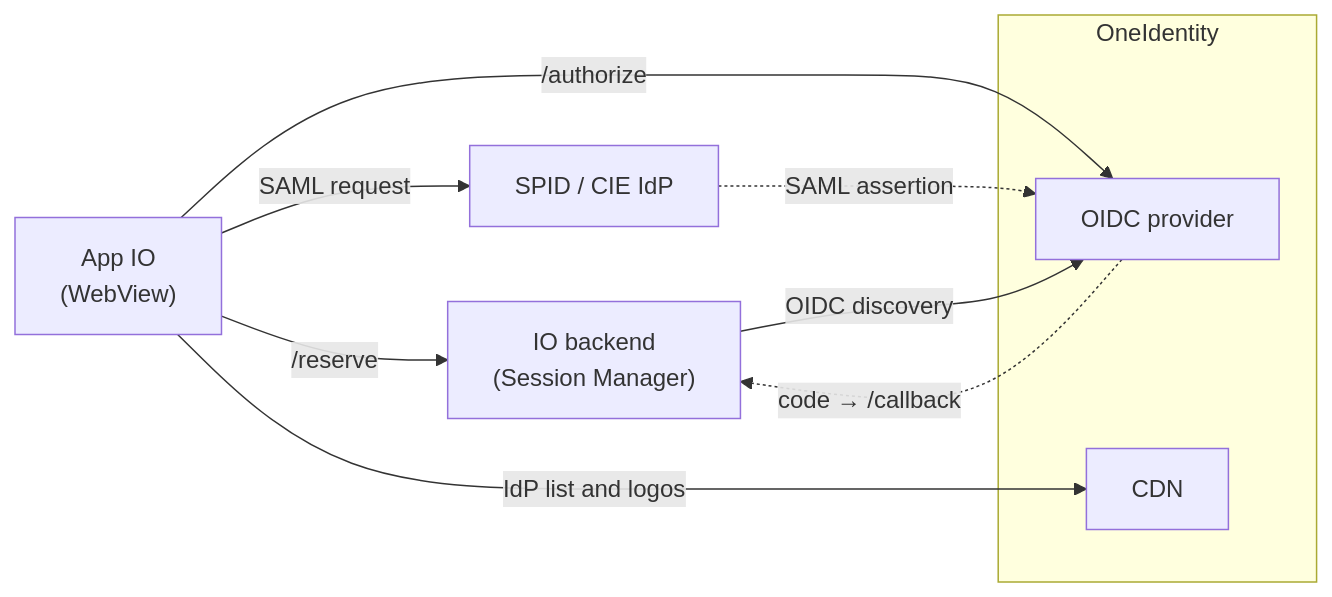
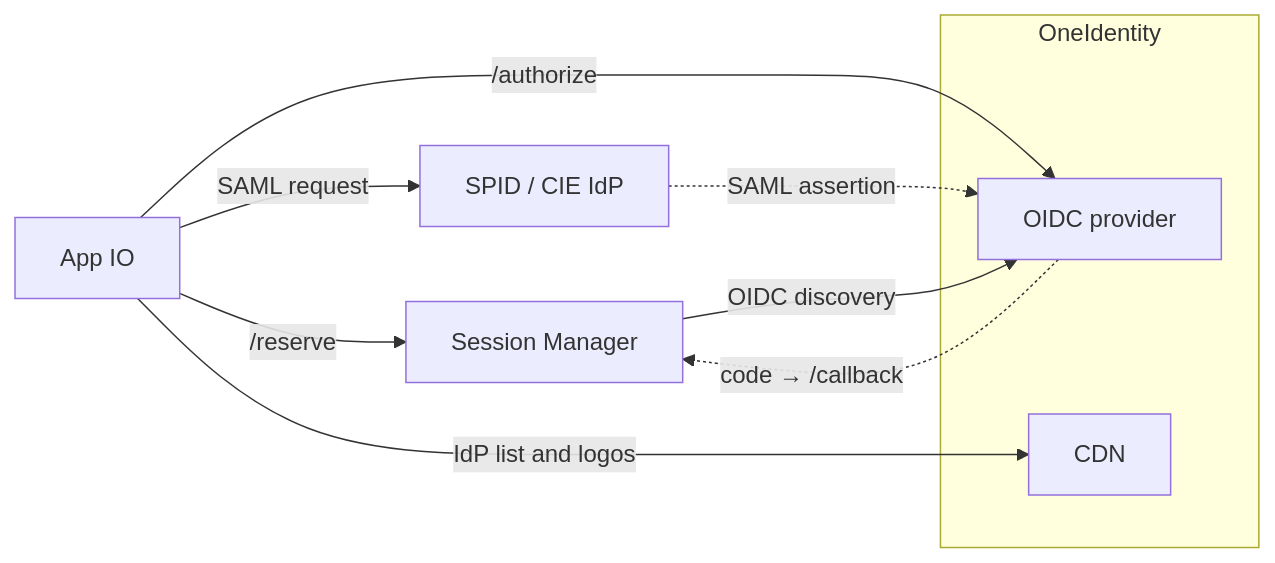
One commit to pagopa/io-app changed the first of 3 diagrams in docs/authentication/login-flows.md. Above: the diagram before and after it, drawn with Mermaid. The commit also changed other lines of this file, not shown here.

Commit message:
docs(authentication): [IOPID-4100] detail login and consent steps in the login diagrams

````diff
--- a/docs/authentication/login-flows.md
+++ b/docs/authentication/login-flows.md
@@ -21,17 +21,17 @@
 ```mermaid
 flowchart LR
-    App["App IO<br/>(WebView)"]
-    BE["IO backend<br/>(Session Manager)"]
+    App["App IO"]
+    BE["Session Manager"]
     subgraph OI["OneIdentity"]
         BB["OIDC provider"]
         CDN["CDN"]
     end
     IdP["SPID / CIE IdP"]
     App -->|"/reserve"| BE
     App -->|"/authorize"| BB
     App -->|"SAML request"| IdP
     App -->|"IdP list and logos"| CDN
     IdP -.->|"SAML assertion"| BB
     BB -.->|"code → /callback"| BE
     BE -->|"OIDC discovery"| BB
 ```
````
